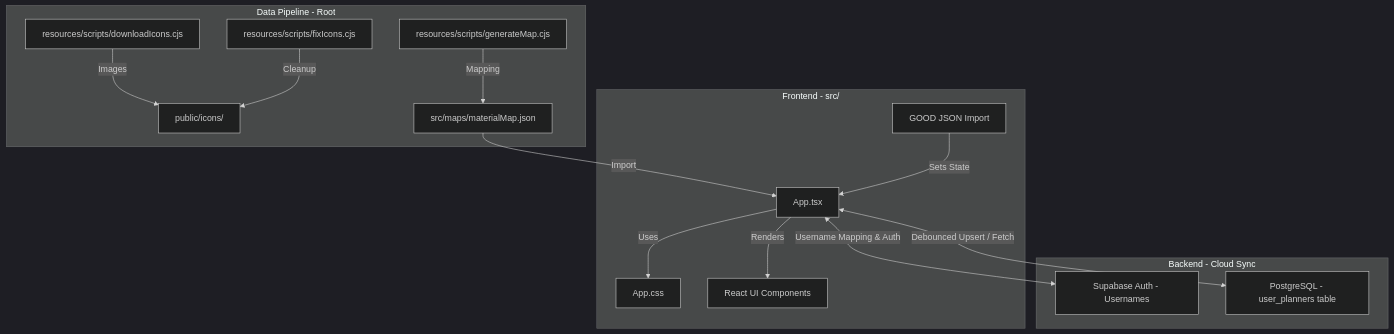
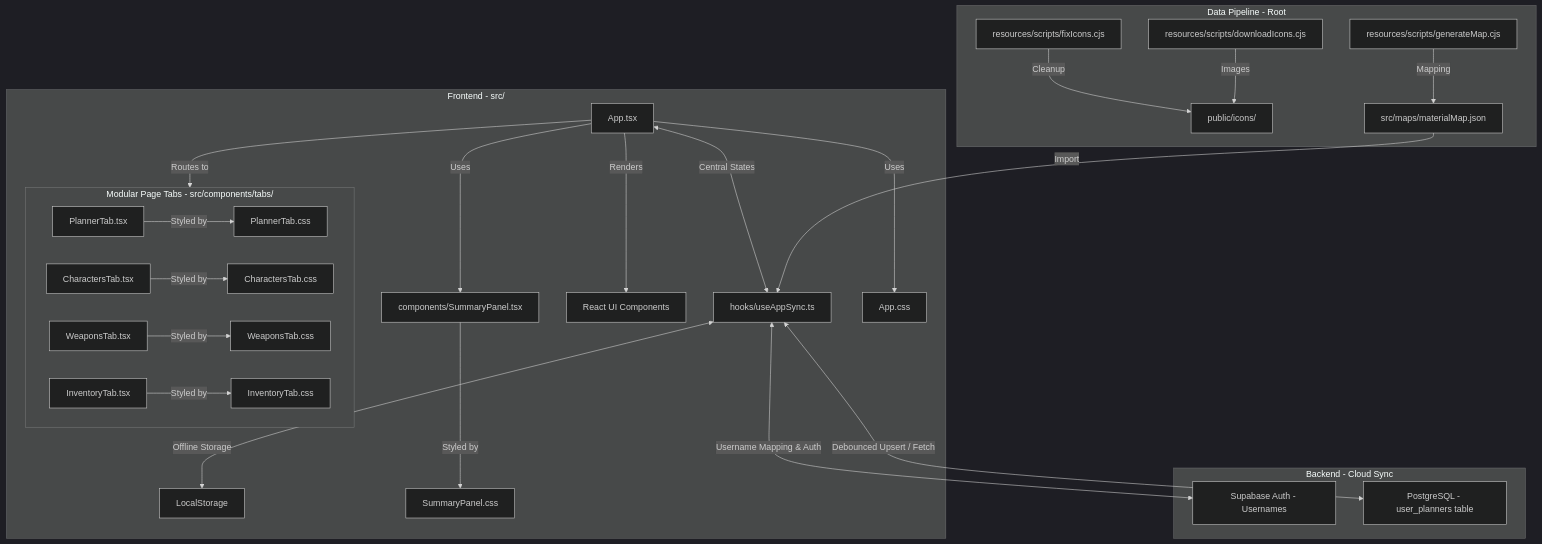
Before and after one commit to DaxiokP/genshin-planner: the diagram in resources/docs/ARCHITECTURE.md, drawn with Mermaid (dark theme). The commit also changed other lines of this file and 1 other file, not shown here.

Commit message:
Update Architecture and context

````diff
--- a/resources/docs/ARCHITECTURE.md
+++ b/resources/docs/ARCHITECTURE.md
@@ -15,22 +15,35 @@
 ```mermaid
 graph TD
     subgraph Scripts [Data Pipeline - Root]
         A[resources/scripts/downloadIcons.cjs] -->|Images| Public[public/icons/]
         B[resources/scripts/generateMap.cjs] -->|Mapping| Data[src/maps/materialMap.json]
         C[resources/scripts/fixIcons.cjs] -->|Cleanup| Public
     end
 
     subgraph Supabase [Backend - Cloud Sync]
         Auth[Supabase Auth - Usernames]
         DB[PostgreSQL - user_planners table]
     end
 
     subgraph App [Frontend - src/]
-        Data -->|Import| Main[App.tsx]
-        Main -->|Uses| CSS[App.css]
+        Data -->|Import| SyncHook[hooks/useAppSync.ts]
+        SyncHook <-->|Offline Storage| LocalStorage[LocalStorage]
+        SyncHook <-->|Username Mapping & Auth| Auth
+        SyncHook <-->|Debounced Upsert / Fetch| DB
+        
+        Main[App.tsx] <-->|Central States| SyncHook
         Main -->|Renders| UI[React UI Components]
-        GOOD[GOOD JSON Import] -->|Sets State| Main
-        Main <-->|Username Mapping & Auth| Auth
-        Main <-->|Debounced Upsert / Fetch| DB
+        
+        subgraph Tabs [Modular Page Tabs - src/components/tabs/]
+            PlannerTab[PlannerTab.tsx] -->|Styled by| PlannerCSS[PlannerTab.css]
+            CharactersTab[CharactersTab.tsx] -->|Styled by| CharactersCSS[CharactersTab.css]
+            WeaponsTab[WeaponsTab.tsx] -->|Styled by| WeaponsCSS[WeaponsTab.css]
+            InventoryTab[InventoryTab.tsx] -->|Styled by| InventoryCSS[InventoryTab.css]
+        end
+        
+        Main -->|Routes to| Tabs
+        Main -->|Uses| SummaryPanel[components/SummaryPanel.tsx]
+        SummaryPanel -->|Styled by| SummaryCSS[SummaryPanel.css]
+        Main -->|Uses| GlobalCSS[App.css]
     end
 ```
````
